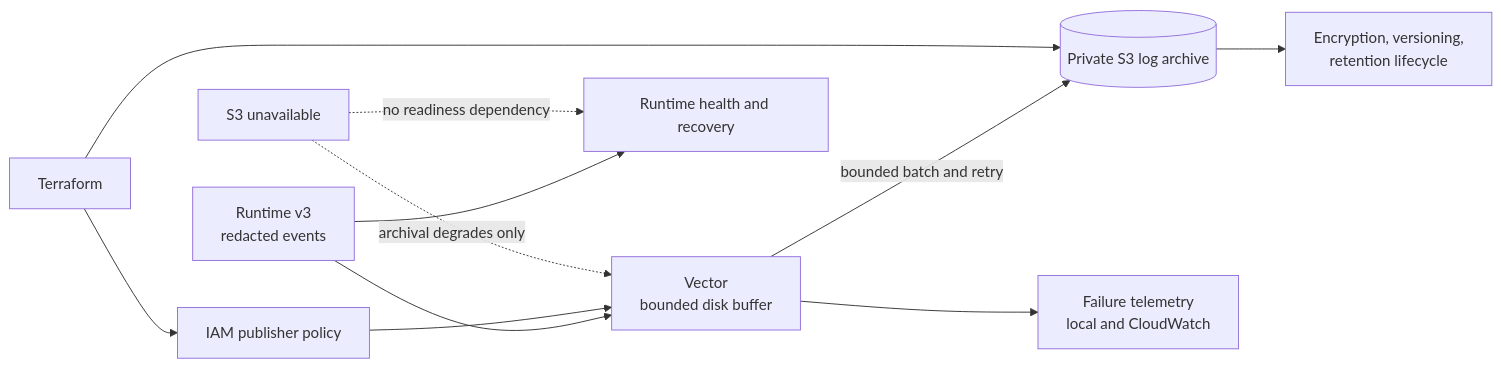
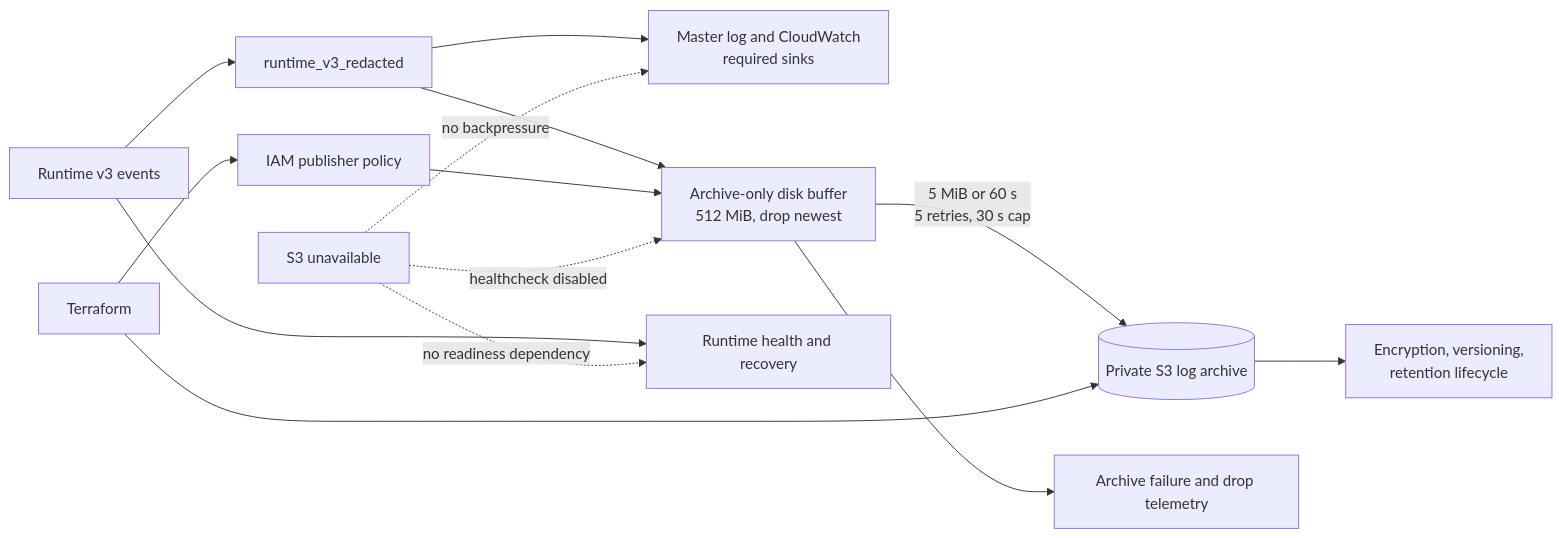
The diagram in .csdlc/prepared/issues/594/diagram.mmd (agent-logic/agent-design-language), drawn with Mermaid before and after one commit. The commit also changed 17 other files, not shown here.

```diff
--- a/.csdlc/prepared/issues/594/diagram.mmd
+++ b/.csdlc/prepared/issues/594/diagram.mmd
@@ -1,11 +1,14 @@
 flowchart LR
-    R[Runtime v3\nredacted events] --> V[Vector\nbounded disk buffer]
-    V -->|bounded batch and retry| S[(Private S3 log archive)]
-    V --> T[Failure telemetry\nlocal and CloudWatch]
+    R[Runtime v3 events] --> X[runtime_v3_redacted]
+    X --> M[Master log and CloudWatch\nrequired sinks]
+    X --> B[Archive-only disk buffer\n512 MiB, drop newest]
+    B -->|5 MiB or 60 s\n5 retries, 30 s cap| S[(Private S3 log archive)]
+    B --> T[Archive failure and drop telemetry]
     TF[Terraform] --> S
     TF --> I[IAM publisher policy]
-    I --> V
+    I --> B
     S --> L[Encryption, versioning,\nretention lifecycle]
-    X[S3 unavailable] -. archival degrades only .-> V
+    U[S3 unavailable] -. healthcheck disabled .-> B
+    U -. no backpressure .-> M
     R --> H[Runtime health and recovery]
-    X -. no readiness dependency .-> H
+    U -. no readiness dependency .-> H
```
